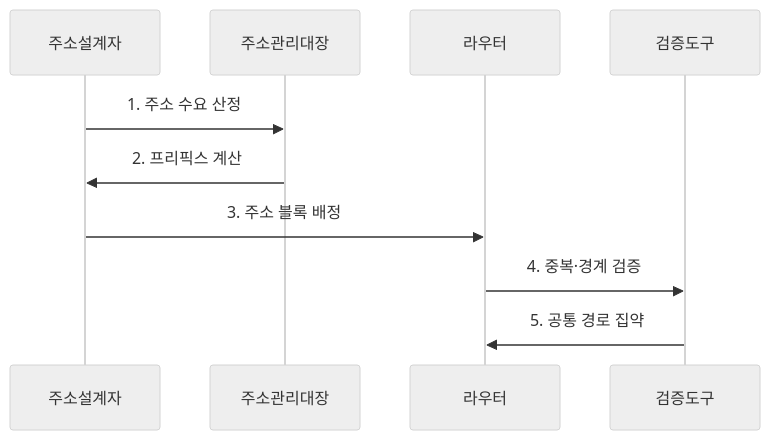
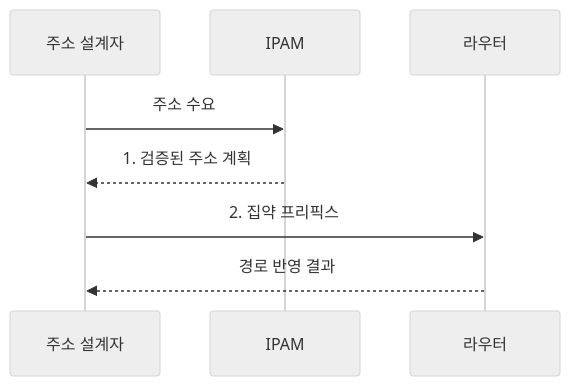
One commit to agnusdei1207/knowledge-base changed the second of 2 diagrams in src/content/docs/notes/04-network/005_subnetting_cidr.md. Above: the diagram before and after it, drawn with Mermaid (neutral theme). The commit also changed other lines of this file and 20 other files, not shown here.

````diff
--- a/src/content/docs/notes/04-network/005_subnetting_cidr.md
+++ b/src/content/docs/notes/04-network/005_subnetting_cidr.md
@@ -84,12 +83,10 @@
 ```mermaid
 sequenceDiagram
-    participant 주소설계자
-    participant 주소관리대장
-    participant 라우터
-    participant 검증도구
-    주소설계자->>주소관리대장: 1. 주소 수요 산정
-    주소관리대장->>주소설계자: 2. 프리픽스 계산
-    주소설계자->>라우터: 3. 주소 블록 배정
-    라우터->>검증도구: 4. 중복·경계 검증
-    검증도구->>라우터: 5. 공통 경로 집약
+    participant D as 주소 설계자
+    participant I as IPAM
+    participant R as 라우터
+    D->>I: 주소 수요
+    I-->>D: 1. 검증된 주소 계획
+    D->>R: 2. 집약 프리픽스
+    R-->>D: 경로 반영 결과
 ```
````
